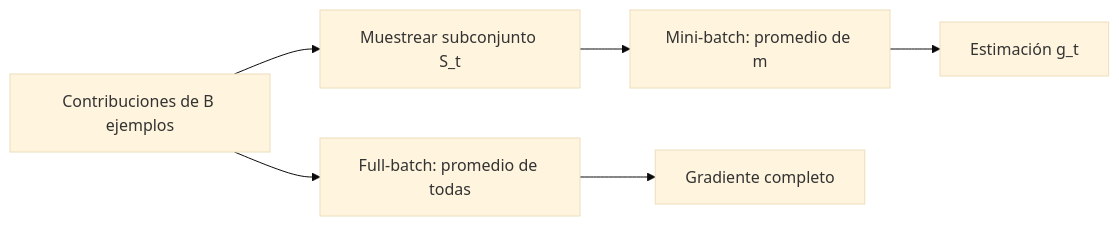
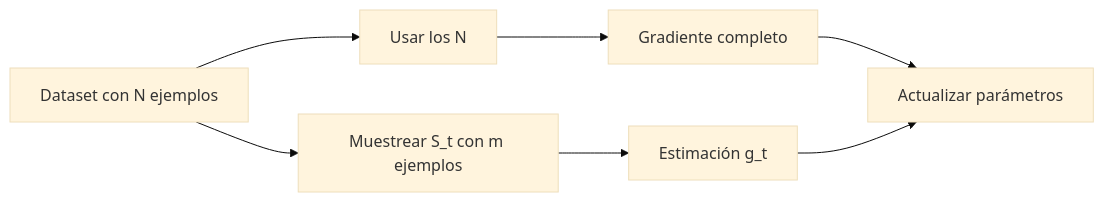
Before and after one commit to kalech7/notes: the diagram in Obsidian/posgrado/master/MATEMÁTICAS Y PROGRAMACIÓN IA/gradientes autodiferenciacion y optimizacion/07 Mini-batch y SGD como estimador.md, drawn with Mermaid (base theme). The commit also changed other lines of this file and 109 other files, not shown here.

````diff
--- a/Obsidian/posgrado/master/MATEMÁTICAS Y PROGRAMACIÓN IA/gradientes autodiferenciacion y optimizacion/07 Mini-batch y SGD como estimador.md
+++ b/Obsidian/posgrado/master/MATEMÁTICAS Y PROGRAMACIÓN IA/gradientes autodiferenciacion y optimizacion/07 Mini-batch y SGD como estimador.md
@@ -39,8 +178,9 @@
 ```mermaid
 flowchart LR
-    A[Contribuciones de B ejemplos] --> F[Full-batch: promedio de todas]
-    A --> S[Muestrear subconjunto S_t]
-    S --> M[Mini-batch: promedio de m]
-    F --> G[Gradiente completo]
-    M --> E[Estimación g_t]
+    D[Dataset con N ejemplos] --> F[Usar los N]
+    D --> S[Muestrear S_t con m ejemplos]
+    F --> GF[Gradiente completo]
+    S --> GM[Estimación g_t]
+    GF --> U[Actualizar parámetros]
+    GM --> U
 ```
````
